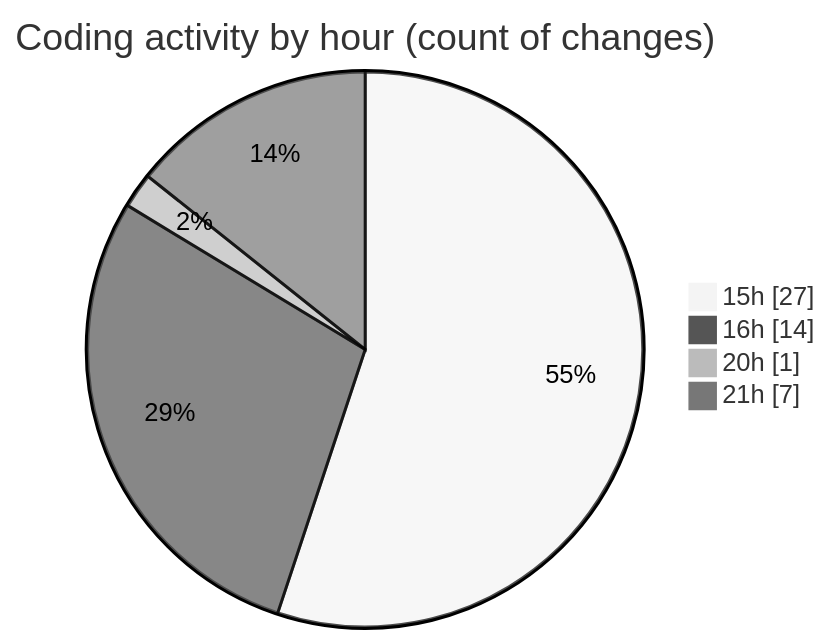
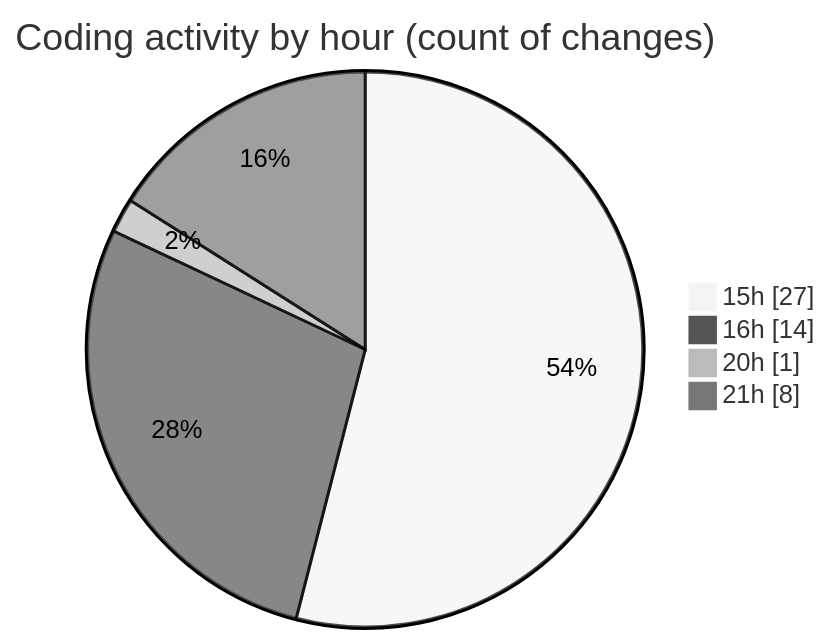
One commit to idhammustaqopulfikri/code-tracking changed the second of 2 diagrams in 2025-06-06/sewa-mobil/README.md. Above: the diagram before and after it, drawn with Mermaid (neutral theme). The commit also changed other lines of this file and 1 other file, not shown here.

````diff
--- a/2025-06-06/sewa-mobil/README.md
+++ b/2025-06-06/sewa-mobil/README.md
@@ -43,8 +43,8 @@
 ```mermaid
 pie showData
 title Coding activity by hour (count of changes)
 "15h" : 27
 "16h" : 14
 "20h" : 1
-"21h" : 7
+"21h" : 8
 ```
````
